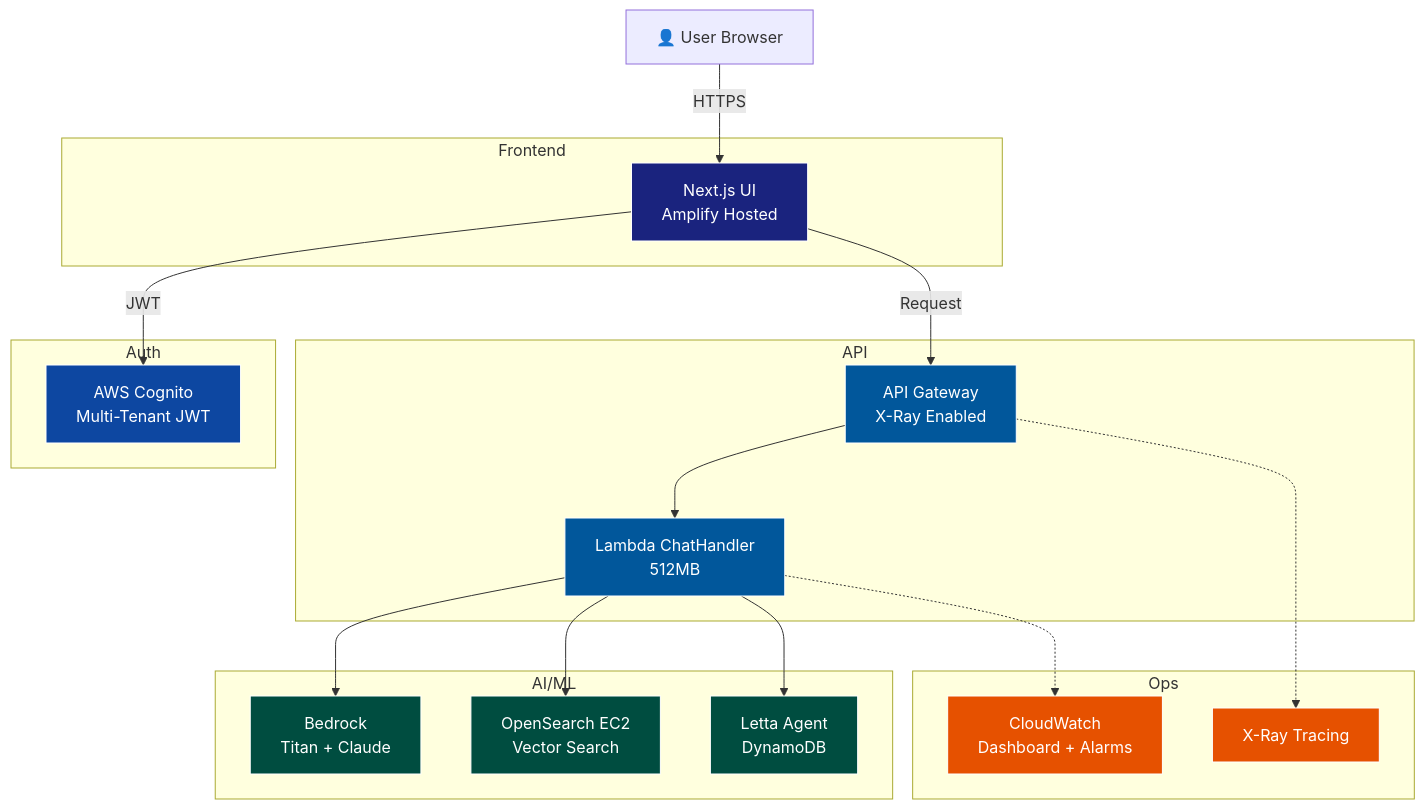
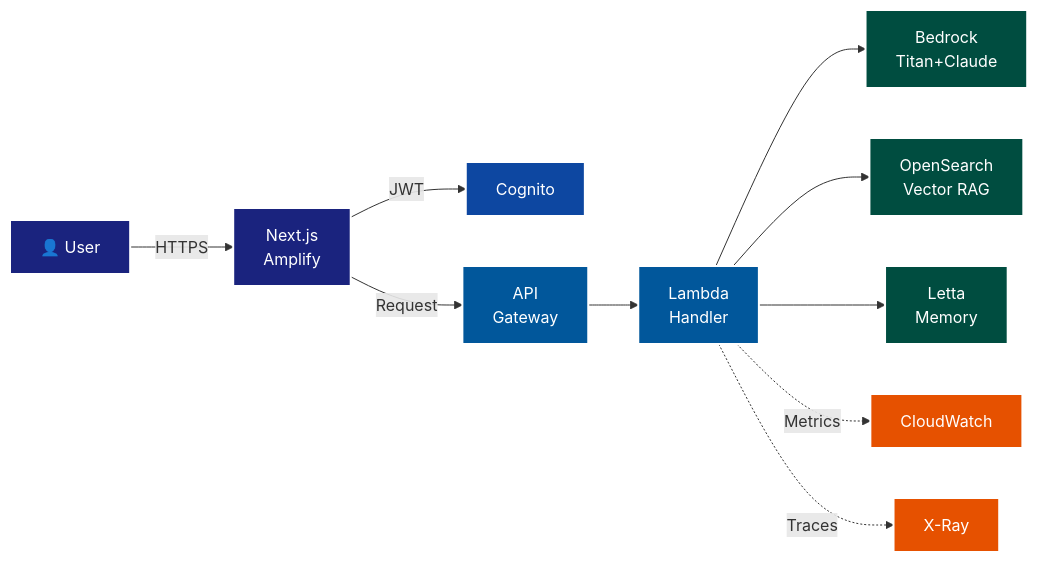
The diagram in slides.md (Josh-thephillipsequation/devops-transformation-slides), drawn with Mermaid before and after one commit. The commit also changed other lines of this file and 1 other file, not shown here.

Commit message:
fix: simplify architecture diagram (LR layout, smaller labels)

````diff
--- a/slides.md
+++ b/slides.md
@@ -88,50 +90,27 @@
 ```mermaid
-graph TB
-    User[👤 User Browser]
+graph LR
+    User[👤 User] -->|HTTPS| UI[Next.js<br/>Amplify]
+    UI -->|JWT| Cognito[Cognito]
+    UI -->|Request| APIGW[API<br/>Gateway]
     
-    subgraph "Frontend"
-        UI[Next.js UI<br/>Amplify Hosted]
-    end
+    APIGW --> Lambda[Lambda<br/>Handler]
     
-    subgraph "Auth"
-        Cognito[AWS Cognito<br/>Multi-Tenant JWT]
-    end
+    Lambda --> Bedrock[Bedrock<br/>Titan+Claude]
+    Lambda --> OpenSearch[OpenSearch<br/>Vector RAG]
+    Lambda --> Letta[Letta<br/>Memory]
     
-    subgraph "API"
-        APIGW[API Gateway<br/>X-Ray Enabled]
-        Lambda[Lambda ChatHandler<br/>512MB]
-    end
+    Lambda -.->|Metrics| CW[CloudWatch]
+    Lambda -.->|Traces| XRay[X-Ray]
     
-    subgraph "AI/ML"
-        Bedrock[Bedrock<br/>Titan + Claude]
-        OpenSearch[OpenSearch EC2<br/>Vector Search]
-        Letta[Letta Agent<br/>DynamoDB]
-    end
+    classDef frontend fill:#1a237e,stroke:#fff,color:#fff,stroke-width:2px
+    classDef auth fill:#0d47a1,stroke:#fff,color:#fff,stroke-width:2px
+    classDef api fill:#01579b,stroke:#fff,color:#fff,stroke-width:2px
+    classDef aiml fill:#004d40,stroke:#fff,color:#fff,stroke-width:2px
+    classDef ops fill:#e65100,stroke:#fff,color:#fff,stroke-width:2px
     
-    subgraph "Ops"
-        CW[CloudWatch<br/>Dashboard + Alarms]
-        XRay[X-Ray Tracing]
-    end
-    
-    User -->|HTTPS| UI
-    UI -->|JWT| Cognito
-    UI -->|Request| APIGW
-    APIGW --> Lambda
-    Lambda --> Bedrock
-    Lambda --> OpenSearch
-    Lambda --> Letta
-    Lambda -.-> CW
-    APIGW -.-> XRay
-    
-    classDef frontend fill:#1a237e,stroke:#fff,color:#fff
-    classDef auth fill:#0d47a1,stroke:#fff,color:#fff
-    classDef api fill:#01579b,stroke:#fff,color:#fff
-    classDef aiml fill:#004d40,stroke:#fff,color:#fff
-    classDef ops fill:#e65100,stroke:#fff,color:#fff
-    
-    class UI frontend
+    class User,UI frontend
     class Cognito auth
     class APIGW,Lambda api
     class Bedrock,OpenSearch,Letta aiml
     class CW,XRay ops
 ```
````
